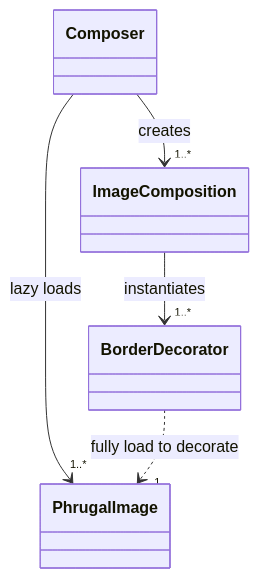
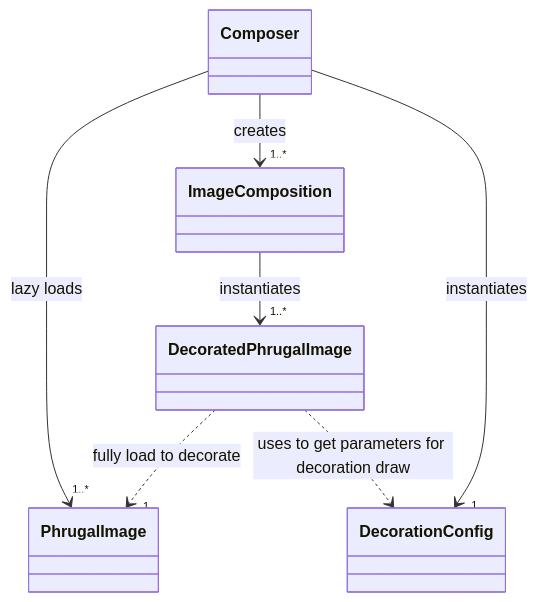
One commit to 0x6d64/phrugal changed the diagram in architecture-draft.md. Above: the diagram before and after it, drawn with Mermaid. The commit also changed 2 other files, not shown here.

Commit message:
start with decoration config

````diff
--- a/architecture-draft.md
+++ b/architecture-draft.md
@@ -3,19 +3,24 @@
 ```mermaid
 classDiagram
     class PhrugalImage {
     }
 
-    class BorderDecorator {
+    class DecoratedPhrugalImage {
     }
 
     class Composer {
     }
 
     class ImageComposition {
     }
 
+    class DecorationConfig {
+    }
+
     Composer --> "1..*" ImageComposition: creates
     Composer --> "1..*" PhrugalImage: lazy loads
-    ImageComposition --> "1..*" BorderDecorator: instantiates
-    BorderDecorator ..> "1" PhrugalImage: fully load to decorate
+    ImageComposition --> "1..*" DecoratedPhrugalImage: instantiates
+    DecoratedPhrugalImage ..> "1" PhrugalImage: fully load to decorate
+    DecoratedPhrugalImage ..>  DecorationConfig : uses to get parameters for decoration draw
+    Composer --> "1" DecorationConfig : instantiates
 ```
````
